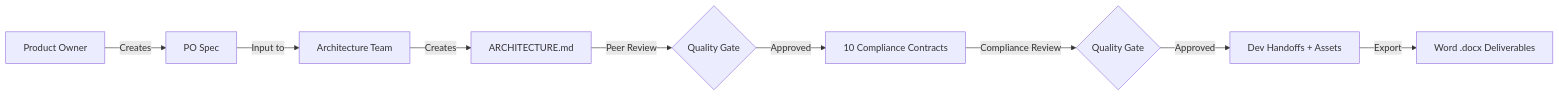
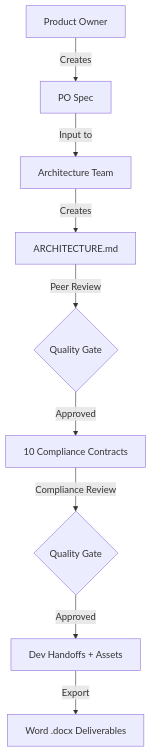
The diagram in README.md (shadowX4fox/solutions-architect-skills), drawn with Mermaid before and after one commit. The commit also changed other lines of this file and 2 other files, not shown here.

Commit message:
docs: convert Workflow Integration diagram to top-down layout v2.10.23

````diff
--- a/README.md
+++ b/README.md
@@ -481,11 +481,11 @@
 ```mermaid
-graph LR
+graph TD
     A[Product Owner] -->|Creates| B[PO Spec]
     B -->|Input to| C[Architecture Team]
     C -->|Creates| D[ARCHITECTURE.md]
     D -->|Peer Review| E{Quality Gate}
     E -->|Approved| F[10 Compliance Contracts]
     F -->|Compliance Review| G{Quality Gate}
     G -->|Approved| H[Dev Handoffs + Assets]
     H -->|Export| I[Word .docx Deliverables]
 ```
````
